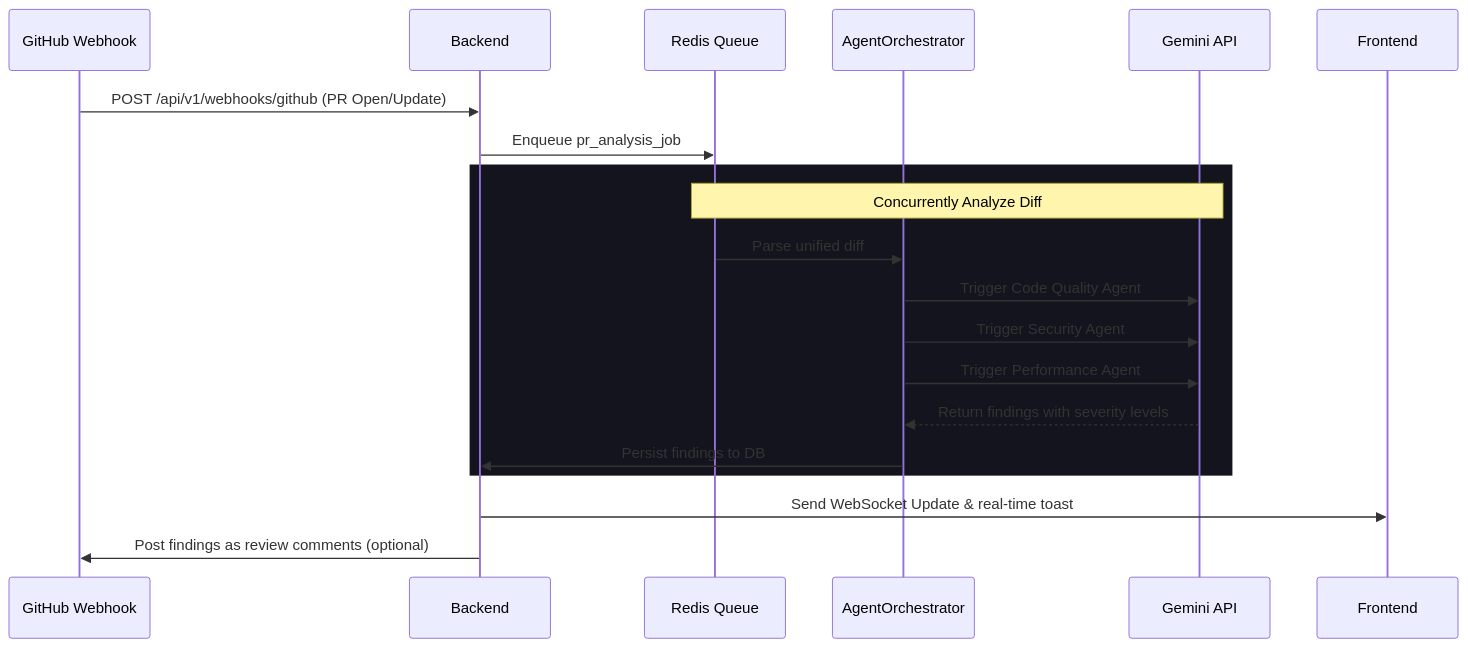
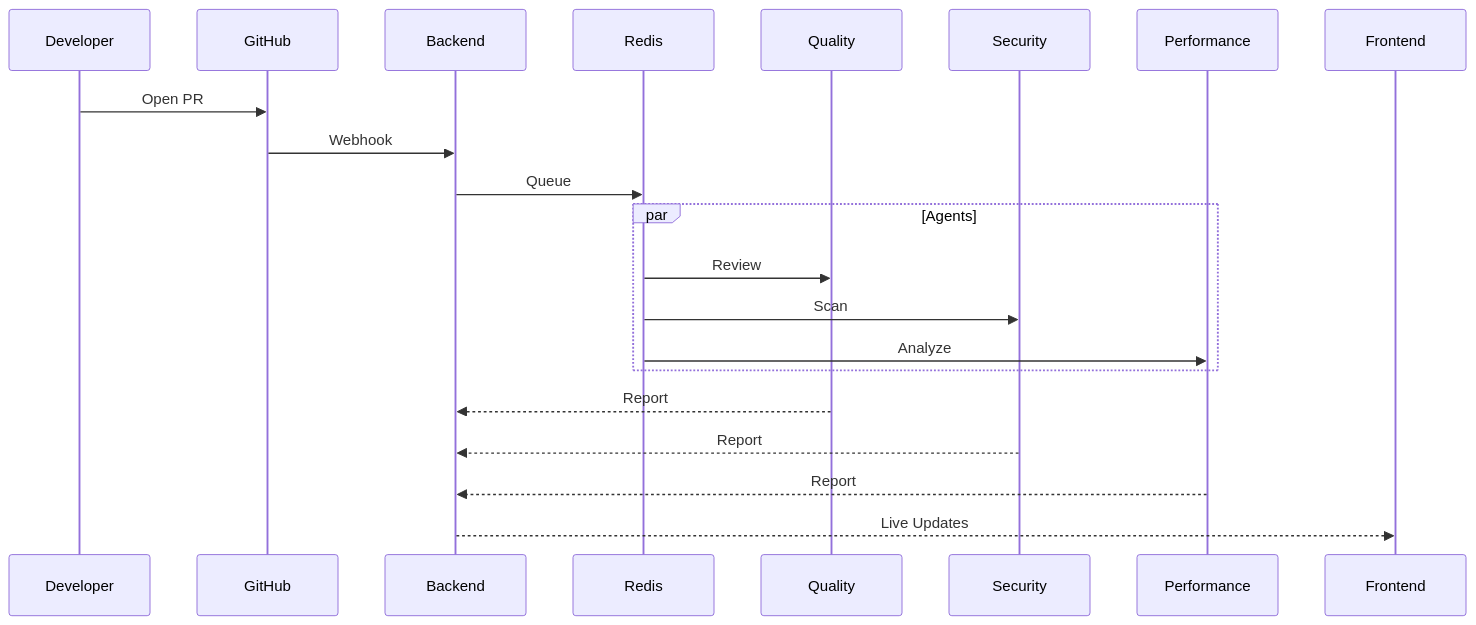
The second of 2 diagrams in README.md (Anjali15-rawat/DevInsight), drawn with Mermaid before and after one commit. The commit also changed other lines of this file, not shown here.

````diff
--- a/README.md
+++ b/README.md
@@ -96,25 +87,15 @@
 ```mermaid
 sequenceDiagram
-    participant GitHub Webhook
-    participant Backend
-    participant Redis Queue
-    participant AgentOrchestrator
-    participant Gemini API
-    participant Frontend
-
-    GitHub Webhook->>Backend: POST /api/v1/webhooks/github (PR Open/Update)
-    Backend->>Redis Queue: Enqueue pr_analysis_job
-    
-    rect rgb(20, 20, 30)
-        Note over Redis Queue, Gemini API: Concurrently Analyze Diff
-        Redis Queue->>AgentOrchestrator: Parse unified diff
-        AgentOrchestrator->>Gemini API: Trigger Code Quality Agent
-        AgentOrchestrator->>Gemini API: Trigger Security Agent
-        AgentOrchestrator->>Gemini API: Trigger Performance Agent
-        Gemini API-->>AgentOrchestrator: Return findings with severity levels
-        AgentOrchestrator->>Backend: Persist findings to DB
-    end
-
-    Backend->>Frontend: Send WebSocket Update & real-time toast
-    Backend->>GitHub Webhook: Post findings as review comments (optional)
+Developer->>GitHub: Open PR
+GitHub->>Backend: Webhook
+Backend->>Redis: Queue
+par Agents
+Redis->>Quality: Review
+Redis->>Security: Scan
+Redis->>Performance: Analyze
+end
+Quality-->>Backend: Report
+Security-->>Backend: Report
+Performance-->>Backend: Report
+Backend-->>Frontend: Live Updates
 ```
````
